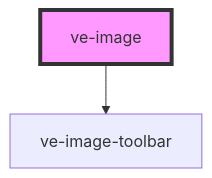
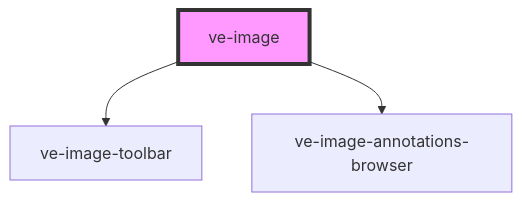
One commit to visual-essays/web-components changed the diagram in src/components/ve-image/readme.md. Above: the diagram before and after it, drawn with Mermaid. The commit also changed other lines of this file and 12 other files, not shown here.

Commit message:
Added annotations browser component

````diff
--- a/src/components/ve-image/readme.md
+++ b/src/components/ve-image/readme.md
@@ -32,5 +33,6 @@
 ```mermaid
 graph TD;
   ve-image --> ve-image-toolbar
+  ve-image --> ve-image-annotations-browser
   style ve-image fill:#f9f,stroke:#333,stroke-width:4px
 ```
````
